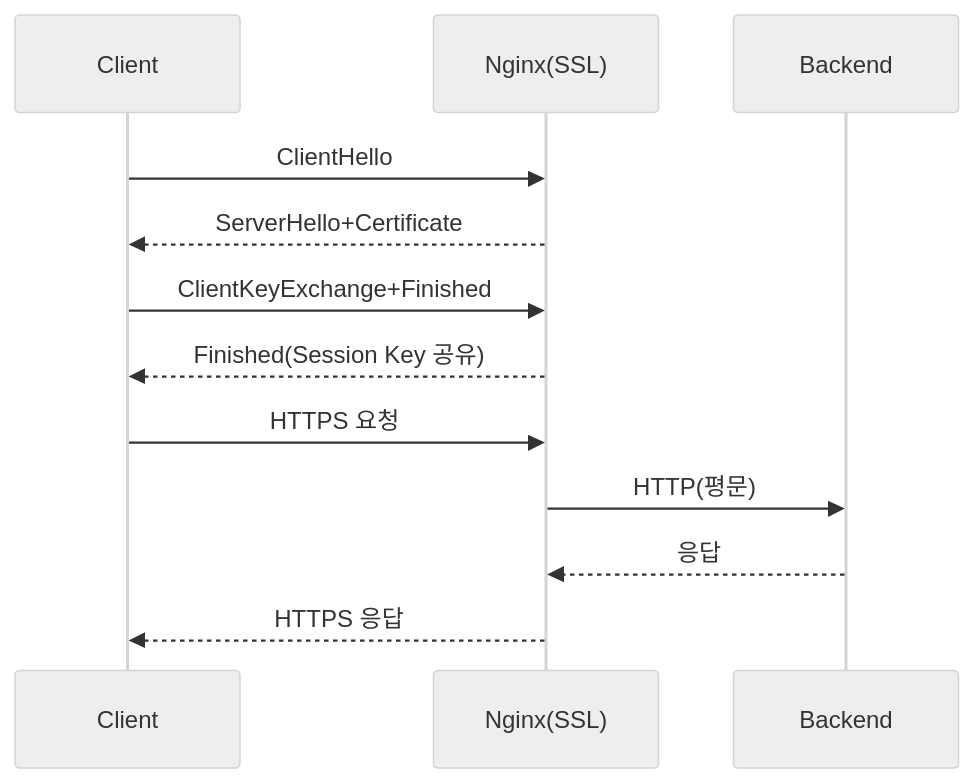
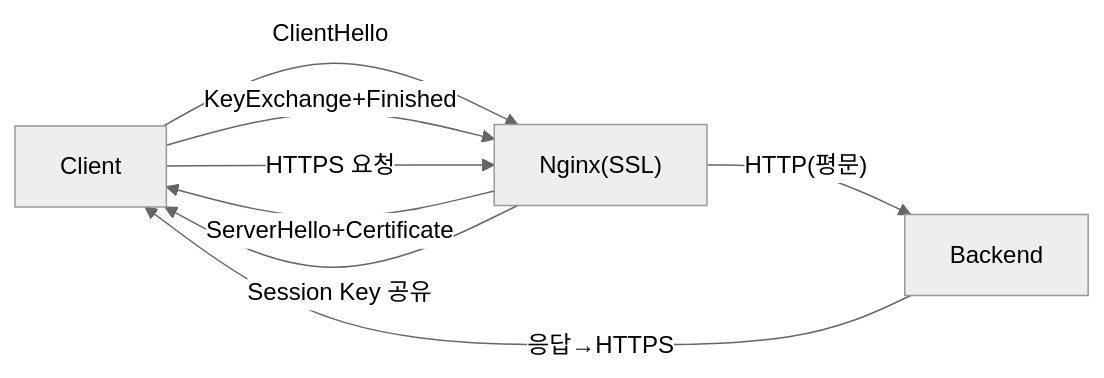
One commit to yjkim2015/yjkim2015.github.io changed diagram 13 of 18 in _posts/server/2026-05-01-nginx.md. Above: the diagram before and after it, drawn with Mermaid (neutral theme). The commit also changed other lines of this file and 32 other files, not shown here.

First line of the commit message:
sequenceDiagram 82개 → graph LR 변환 완료

````diff
--- a/_posts/server/2026-05-01-nginx.md
+++ b/_posts/server/2026-05-01-nginx.md
@@ -537,14 +531,10 @@
 ```mermaid
-sequenceDiagram
-    participant C as Client
-    participant N as Nginx(SSL)
-    participant B as Backend
-    C->>N: ClientHello
-    N-->>C: ServerHello+Certificate
-    C->>N: ClientKeyExchange+Finished
-    N-->>C: Finished(Session Key 공유)
-    C->>N: HTTPS 요청
-    N->>B: HTTP(평문)
-    B-->>N: 응답
-    N-->>C: HTTPS 응답
+graph LR
+    C["Client"] -->|"ClientHello"| N["Nginx(SSL)"]
+    N -->|"ServerHello+Certificate"| C
+    C -->|"KeyExchange+Finished"| N
+    N -->|"Session Key 공유"| C
+    C -->|"HTTPS 요청"| N
+    N -->|"HTTP(평문)"| B["Backend"]
+    B -->|"응답→HTTPS"| C
 ```
````
